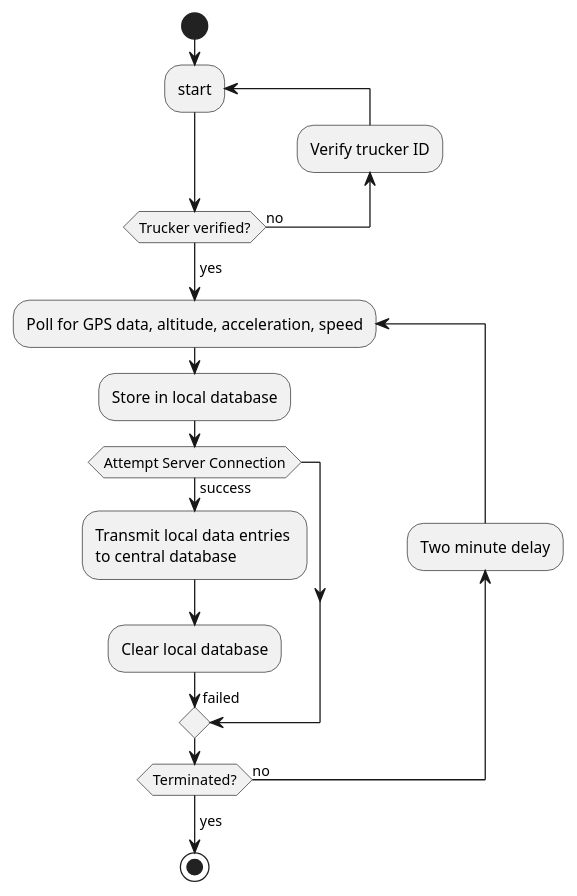
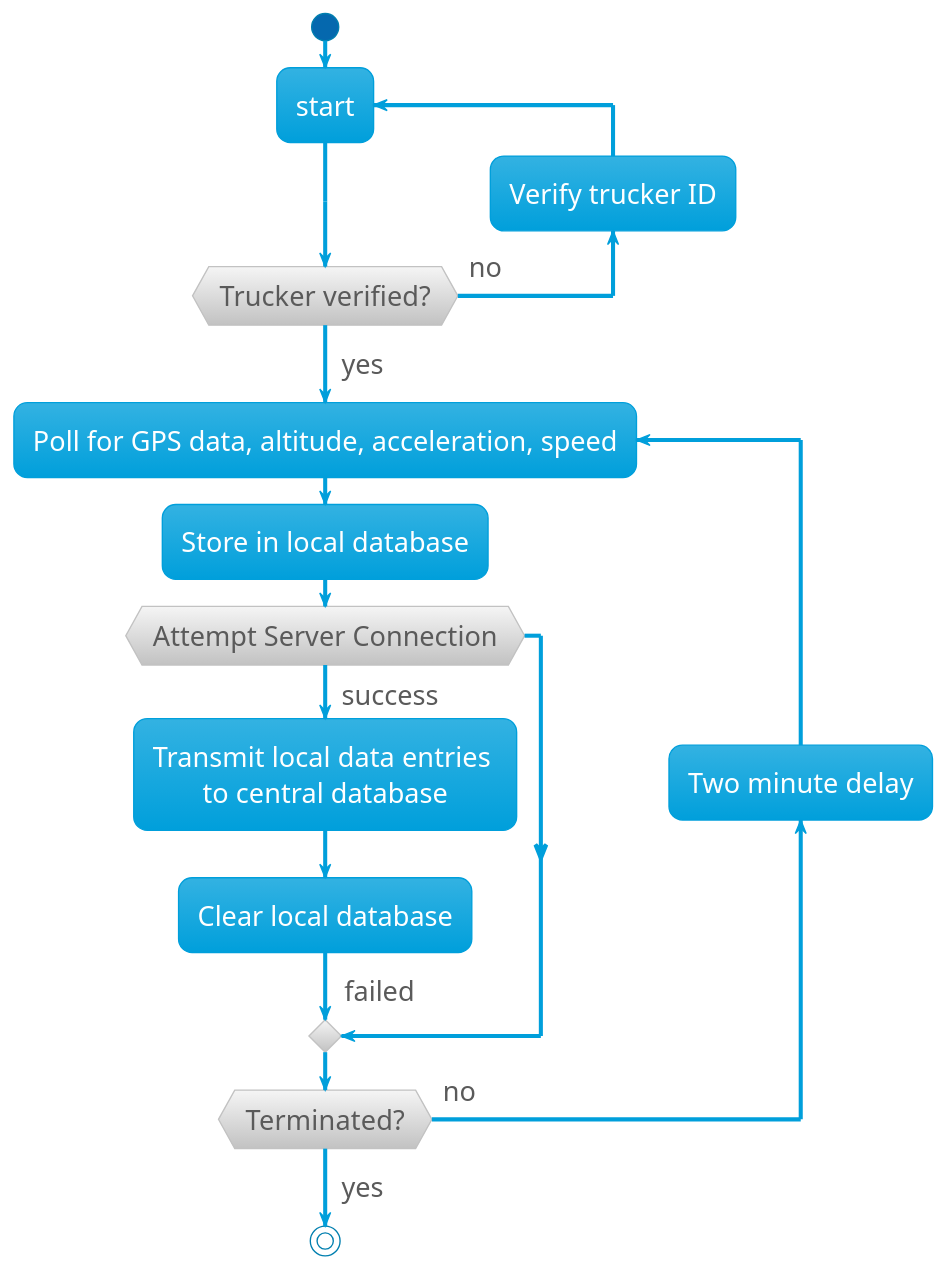
Before and after one commit to tevoza/fleet-tracker: the diagram in docs/report/diag/android_activity.puml, drawn with PlantUML. The commit also changed 30 other files, not shown here.

```diff
--- a/docs/report/diag/android_activity.puml
+++ b/docs/report/diag/android_activity.puml
@@ -1,23 +1,27 @@
 @startuml
+
+!theme bluegray
+skinparam defaultTextAlignment center
+skinparam defaultFontSize 20
 
 start
 
 repeat :start;
     backward:Verify trucker ID;
 repeat while (Trucker verified?) is (no)
 ->yes;
 
 repeat :Poll for GPS data, altitude, acceleration, speed;
     :Store in local database;
     if (Attempt Server Connection) is (success) then
         :Transmit local data entries \nto central database;
         :Clear local database;
         ->failed;
     endif
     backward:Two minute delay;
 repeat while(Terminated?) is (no)
 ->yes;
 
 stop
 
 @enduml
```
